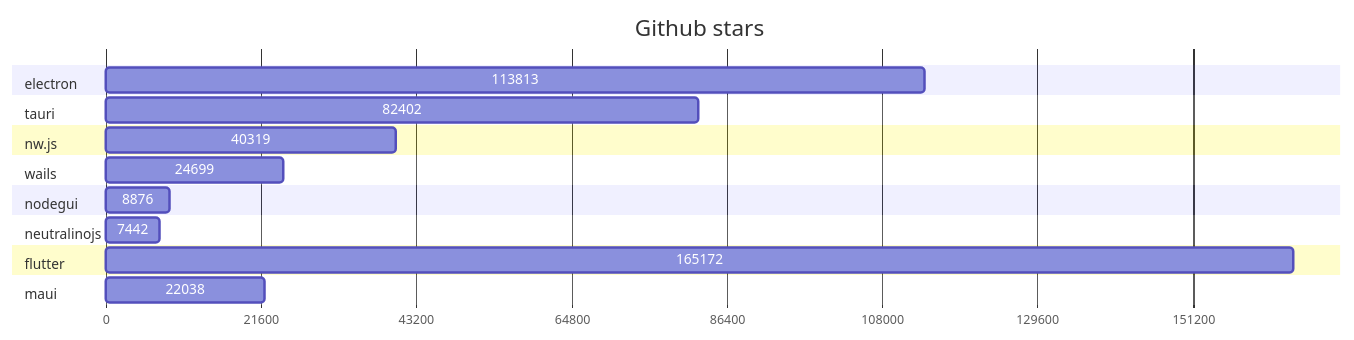
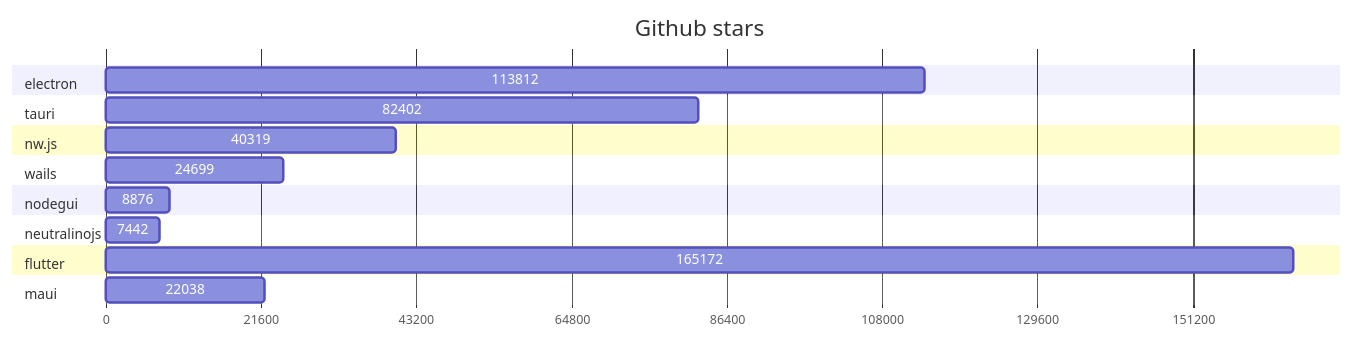
Before and after one commit to Elanis/web-to-desktop-framework-comparison: the first of 2 diagrams in GRAPHS.md, drawn with Mermaid. The commit also changed 1 other file, not shown here.

Commit message:
Update stars & Fork

````diff
--- a/GRAPHS.md
+++ b/GRAPHS.md
@@ -5,40 +5,40 @@
 ```mermaid
 gantt
     title Github stars
     dateFormat  X
     axisFormat %s
 
 
 	section electron
-	113813 : 0, 113813
+	113812 : 0, 113812
 
 	
 	section tauri
 	82402 : 0, 82402
 
 	
 	section nw.js
 	40319 : 0, 40319
 
 	
 	section wails
 	24699 : 0, 24699
 
 	
 	section nodegui
 	8876 : 0, 8876
 
 	
 	section neutralinojs
 	7442 : 0, 7442
 
 	
 	section flutter
 	165172 : 0, 165172
 
 	
 	section maui
 	22038 : 0, 22038
 
 	
 ```
````
